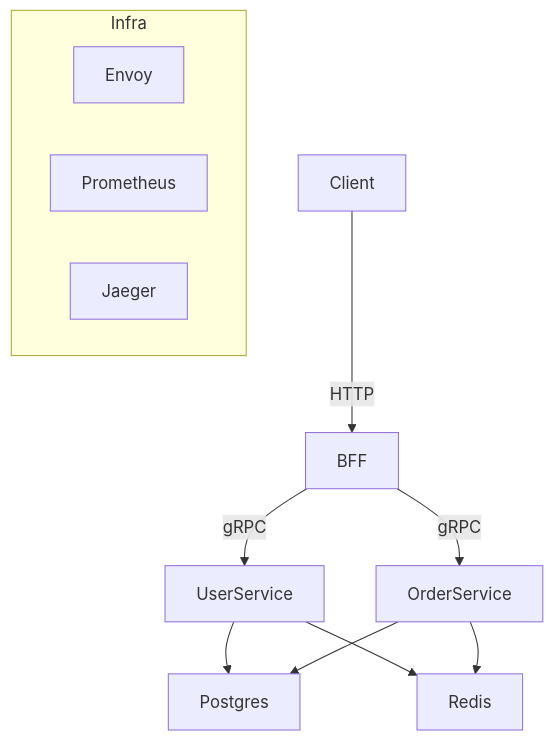
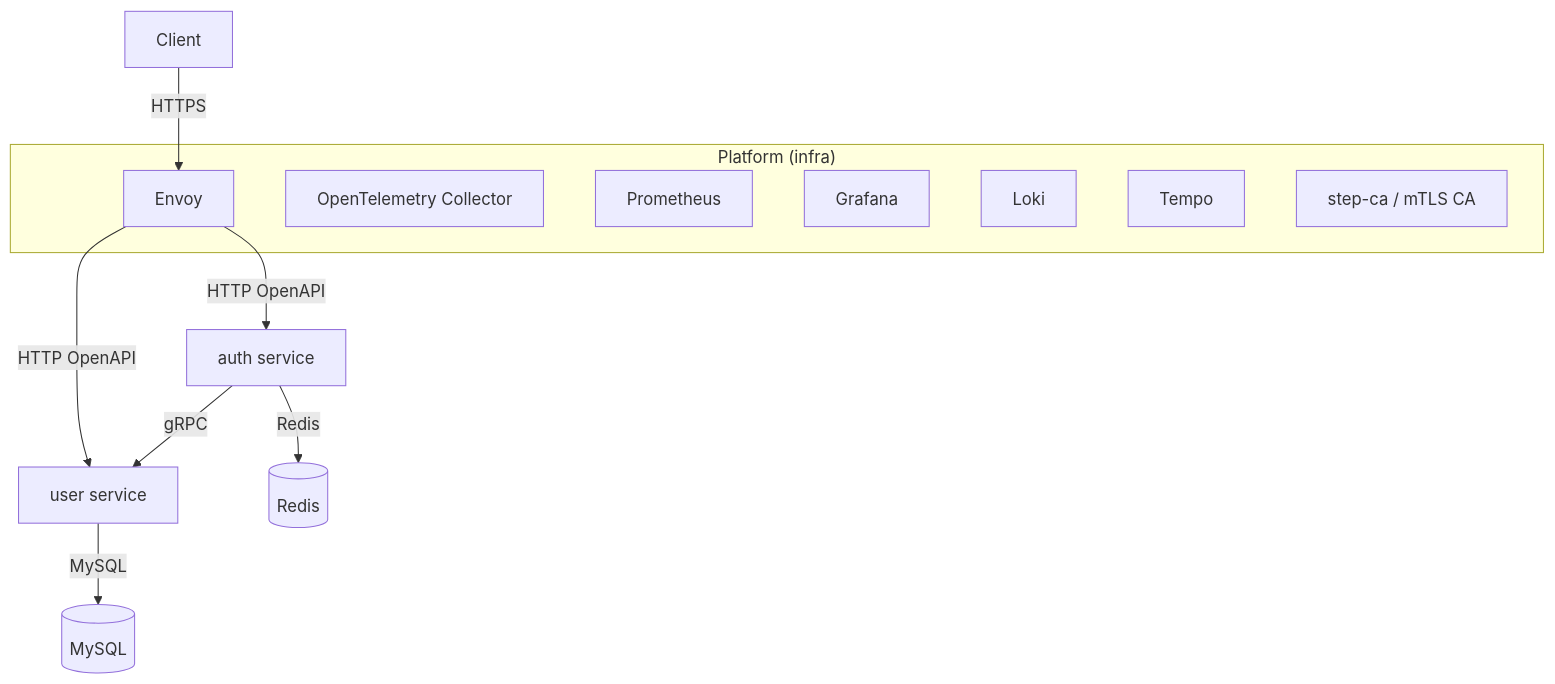
One commit to Incheat/go-production-backend changed the diagram in README.md. Above: the diagram before and after it, drawn with Mermaid. The commit also changed other lines of this file and 1 other file, not shown here.

````diff
--- a/README.md
+++ b/README.md
@@ -27,17 +27,22 @@
 ```mermaid
 graph TD
-    Client -->|HTTP| BFF
-    BFF -->|gRPC| UserService
-    BFF -->|gRPC| OrderService
+  Client -->|HTTPS| Envoy
 
-    UserService --> Postgres
-    OrderService --> Postgres
-    UserService --> Redis
-    OrderService --> Redis
+  Envoy -->|HTTP OpenAPI| AuthSvc["auth service"]
+  Envoy -->|HTTP OpenAPI| UserSvc["user service"]
 
-    subgraph Infra
-        Envoy
-        Prometheus
-        Jaeger
-    end
+  AuthSvc -->|gRPC| UserSvc
+
+  AuthSvc -->|Redis| Redis[(Redis)]
+  UserSvc -->|MySQL| MySQL[(MySQL)]
+
+  subgraph Platform["Platform (infra)"]
+    Envoy
+    OTel["OpenTelemetry Collector"]
+    Prometheus
+    Grafana
+    Loki
+    Tempo
+    CA["step-ca / mTLS CA"]
+  end
 ```
````
